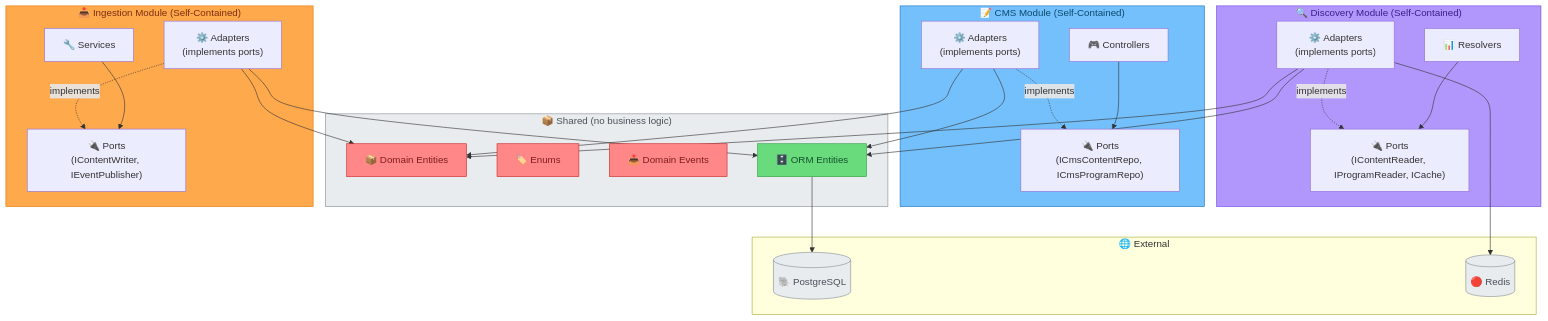
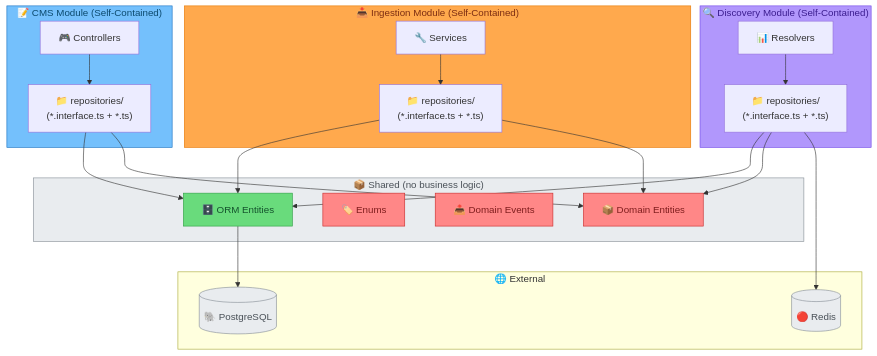
One commit to mmed199/thmanyah-cms changed the second of 7 diagrams in docs/design.md. Above: the diagram before and after it, drawn with Mermaid. The commit also changed other lines of this file and 83 other files, not shown here.

````diff
--- a/docs/design.md
+++ b/docs/design.md
@@ -139,61 +139,55 @@
 ```mermaid
 flowchart TB
     subgraph Shared["📦 Shared (no business logic)"]
         Entities["📦 Domain Entities"]
         Enums["🏷️ Enums"]
         Events["📤 Domain Events"]
         ORM["🗄️ ORM Entities"]
     end
 
     subgraph CMS["📝 CMS Module (Self-Contained)"]
-        CMSPorts["🔌 Ports<br>(ICmsContentRepo, ICmsProgramRepo)"]
-        CMSAdapters["⚙️ Adapters<br>(implements ports)"]
+        CMSRepos["📁 repositories/<br>(*.interface.ts + *.ts)"]
         CMSControllers["🎮 Controllers"]
     end
 
     subgraph Discovery["🔍 Discovery Module (Self-Contained)"]
-        DiscPorts["🔌 Ports<br>(IContentReader, IProgramReader, ICache)"]
-        DiscAdapters["⚙️ Adapters<br>(implements ports)"]
+        DiscRepos["📁 repositories/<br>(*.interface.ts + *.ts)"]
         DiscResolvers["📊 Resolvers"]
     end
 
     subgraph Ingestion["📥 Ingestion Module (Self-Contained)"]
-        IngPorts["🔌 Ports<br>(IContentWriter, IEventPublisher)"]
-        IngAdapters["⚙️ Adapters<br>(implements ports)"]
+        IngRepos["📁 repositories/<br>(*.interface.ts + *.ts)"]
         IngServices["🔧 Services"]
     end
 
     subgraph External["🌐 External"]
         PG[("🐘 PostgreSQL")]
         Redis[("🔴 Redis")]
     end
 
-    CMSControllers --> CMSPorts
-    CMSAdapters -.->|implements| CMSPorts
-    CMSAdapters --> ORM
-    CMSAdapters --> Entities
+    CMSControllers --> CMSRepos
+    CMSRepos --> ORM
+    CMSRepos --> Entities
 
-    DiscResolvers --> DiscPorts
-    DiscAdapters -.->|implements| DiscPorts
-    DiscAdapters --> ORM
-    DiscAdapters --> Entities
+    DiscResolvers --> DiscRepos
+    DiscRepos --> ORM
+    DiscRepos --> Entities
 
-    IngServices --> IngPorts
-    IngAdapters -.->|implements| IngPorts
-    IngAdapters --> ORM
-    IngAdapters --> Entities
+    IngServices --> IngRepos
+    IngRepos --> ORM
+    IngRepos --> Entities
 
     ORM --> PG
-    DiscAdapters --> Redis
+    DiscRepos --> Redis
 
     style CMS fill:#74c0fc,stroke:#1971c2,color:#0c4a6e
     style Discovery fill:#b197fc,stroke:#7048e8,color:#3b1d8f
     style Ingestion fill:#ffa94d,stroke:#e67700,color:#7c2d12
     style Shared fill:#e9ecef,stroke:#868e96,color:#495057
     style Entities fill:#ff8787,stroke:#c92a2a,color:#7f1d1d
     style Events fill:#ff8787,stroke:#c92a2a,color:#7f1d1d
     style Enums fill:#ff8787,stroke:#c92a2a,color:#7f1d1d
     style ORM fill:#69db7c,stroke:#2f9e44,color:#14532d
     style PG fill:#e9ecef,stroke:#868e96,color:#495057
     style Redis fill:#e9ecef,stroke:#868e96,color:#495057
 ```
````
